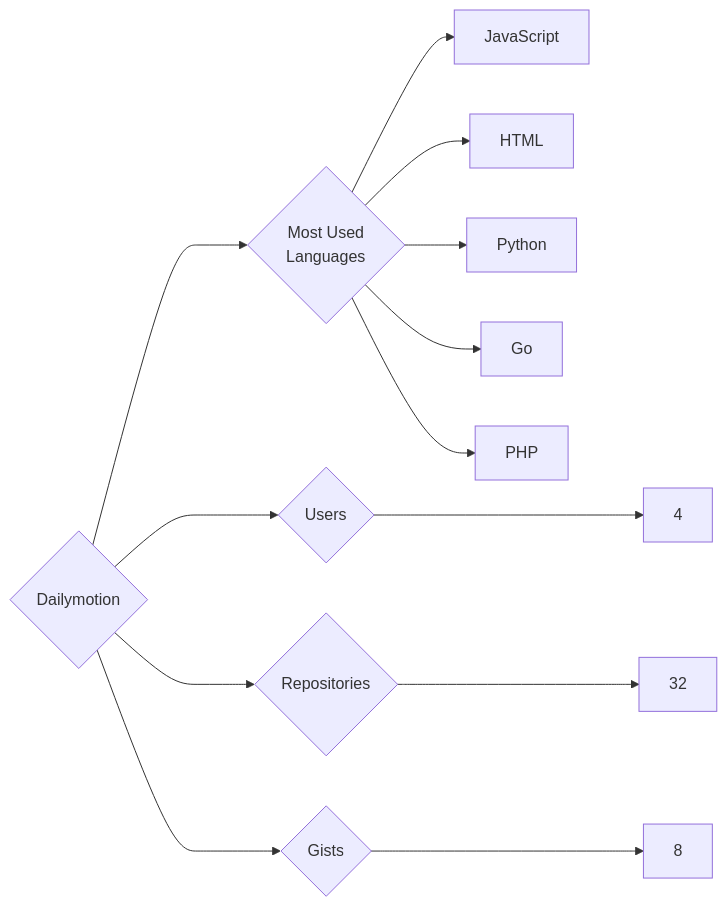
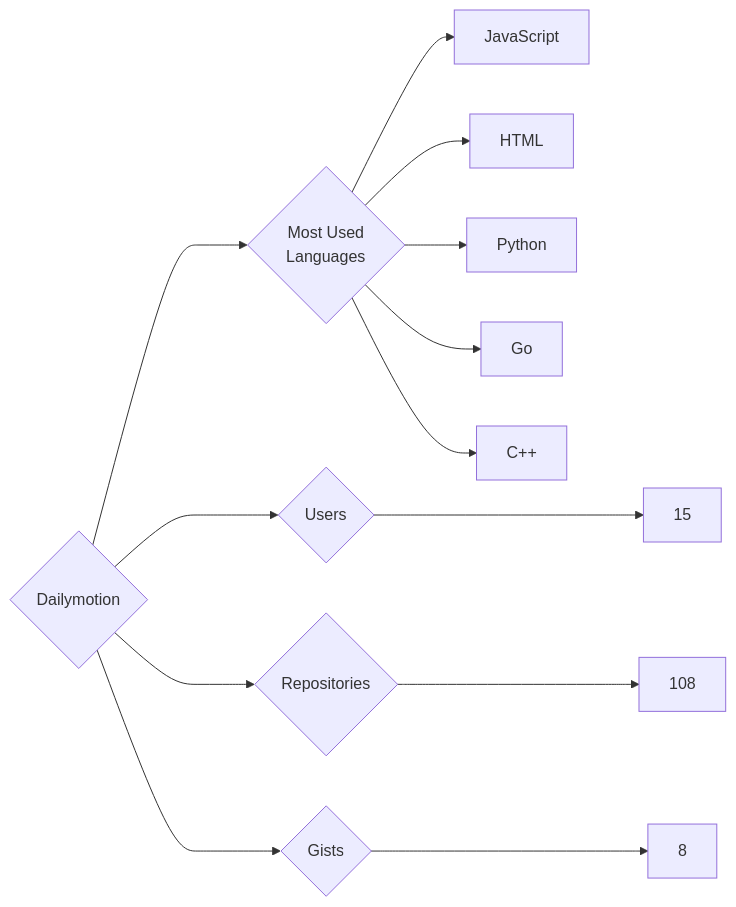
One commit to trickest/insiders changed the diagram in targets/Dailymotion/README.md. Above: the diagram before and after it, drawn with Mermaid. The commit also changed 622 other files, not shown here.

````diff
--- a/targets/Dailymotion/README.md
+++ b/targets/Dailymotion/README.md
@@ -3,13 +3,13 @@
 ```mermaid
 graph LR
 COMPANY_NAME{Dailymotion}
-COMPANY_NAME ---> U{Users} ---> UN[4]
-COMPANY_NAME ---> R{Repositories} ---> RN[32]
+COMPANY_NAME ---> U{Users} ---> UN[15]
+COMPANY_NAME ---> R{Repositories} ---> RN[108]
 COMPANY_NAME ---> G{Gists} ---> GN[8]
 COMPANY_NAME ---> ML{Most Used<br>Languages}
 ML --> JavaScript[JavaScript]
 ML --> HTML[HTML]
 ML --> Python[Python]
 ML --> Go[Go]
-ML --> PHP[PHP]
+ML --> C++[C++]
 ```
````
